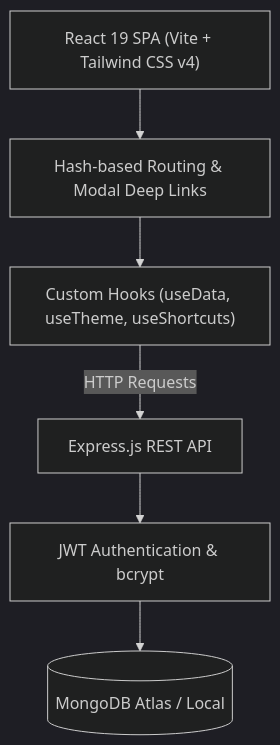
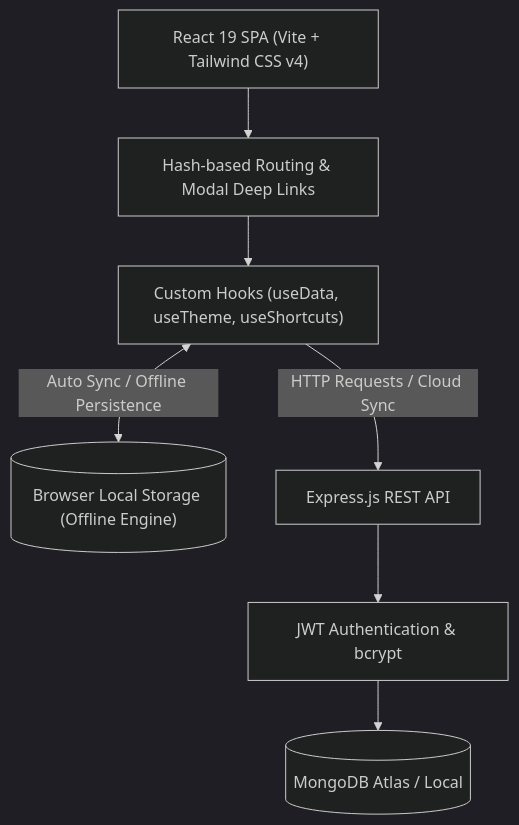
One commit to rahulkamti11/DSA-Tracker-MERN changed the diagram in README.md. Above: the diagram before and after it, drawn with Mermaid (dark theme). The commit also changed other lines of this file, not shown here.

Commit message:
docs: update README with offline persistence engine, profile validation, and architecture

````diff
--- a/README.md
+++ b/README.md
@@ -123,16 +131,18 @@
 ```mermaid
 graph TD
     Client["React 19 SPA (Vite + Tailwind CSS v4)"]
     Router["Hash-based Routing & Modal Deep Links"]
     State["Custom Hooks (useData, useTheme, useShortcuts)"]
+    LocalStorage[("Browser Local Storage (Offline Engine)")]
     
     API["Express.js REST API"]
     Auth["JWT Authentication & bcrypt"]
     DB[(MongoDB Atlas / Local)]
     
     Client --> Router
     Router --> State
-    State -->|HTTP Requests| API
+    State <-->|Auto Sync / Offline Persistence| LocalStorage
+    State -->|HTTP Requests / Cloud Sync| API
     API --> Auth
     Auth --> DB
 ```
````
